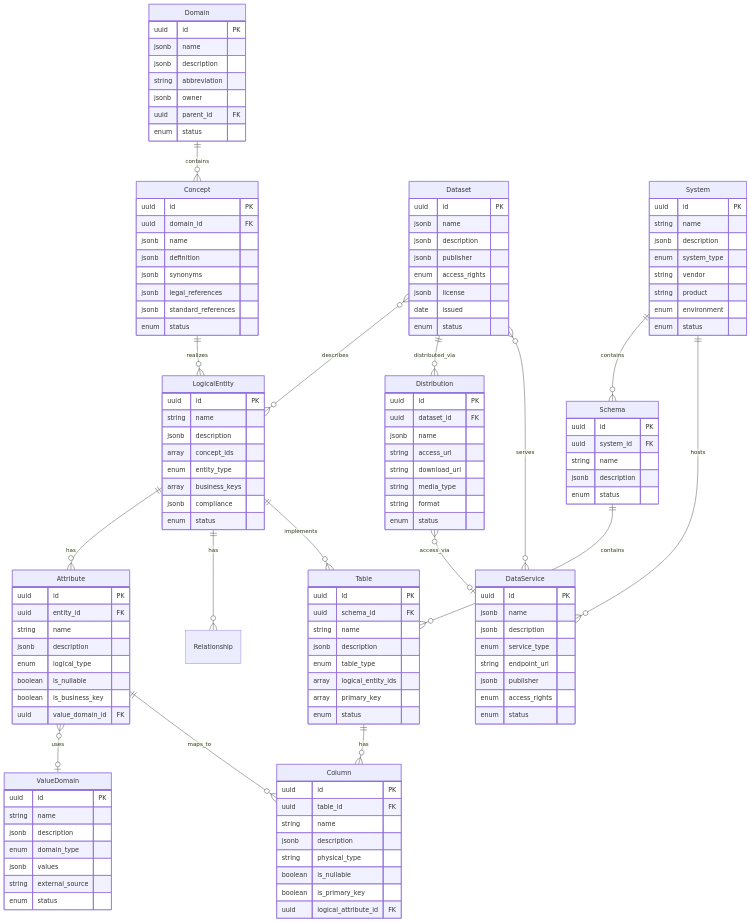
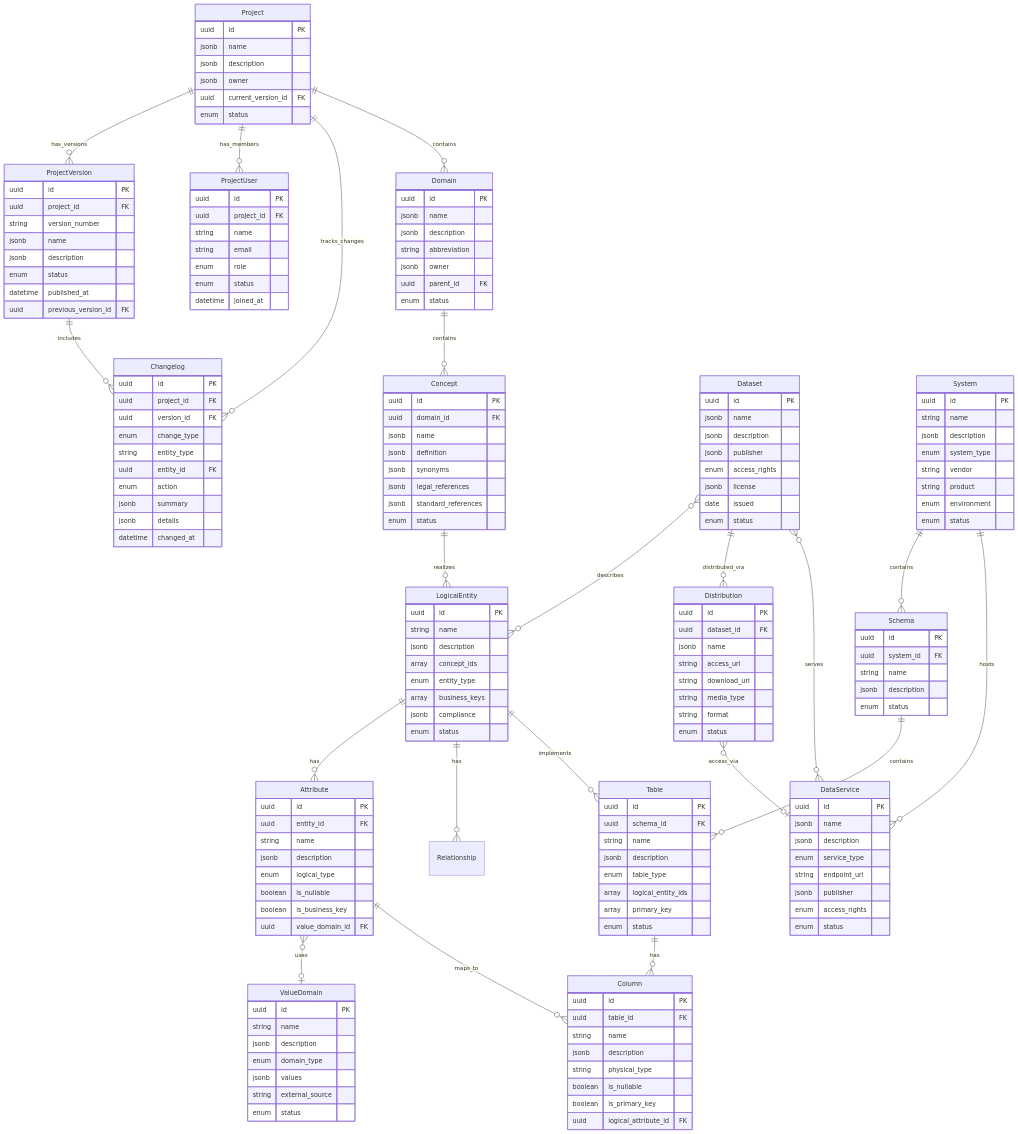
One commit to davras5/meta-atlas changed the second of 4 diagrams in documentation/DATABASE.md. Above: the diagram before and after it, drawn with Mermaid. The commit also changed other lines of this file, not shown here.

````diff
--- a/documentation/DATABASE.md
+++ b/documentation/DATABASE.md
@@ -182,24 +200,73 @@
 ```mermaid
 erDiagram
+    Project ||--o{ ProjectVersion : "has_versions"
+    Project ||--o{ ProjectUser : "has_members"
+    Project ||--o{ Changelog : "tracks_changes"
+    Project ||--o{ Domain : "contains"
+    ProjectVersion ||--o{ Changelog : "includes"
+
     Domain ||--o{ Concept : contains
     Concept ||--o{ LogicalEntity : "realizes"
-    
+
     Dataset }o--o{ LogicalEntity : describes
     LogicalEntity ||--o{ Attribute : has
     Attribute }o--o| ValueDomain : uses
     LogicalEntity ||--o{ Relationship : has
-    
+
     Dataset ||--o{ Distribution : "distributed_via"
     DataService }o--o{ Dataset : serves
     Distribution }o--o| DataService : "access_via"
-    
+
     System ||--o{ Schema : contains
     System ||--o{ DataService : hosts
     Schema ||--o{ Table : contains
     Table ||--o{ Column : has
-    
+
     LogicalEntity ||--o{ Table : "implements"
     Attribute ||--o{ Column : "maps_to"
+
+    Project {
+        uuid id PK
+        jsonb name
+        jsonb description
+        jsonb owner
+        uuid current_version_id FK
+        enum status
+    }
+
+    ProjectVersion {
+        uuid id PK
+        uuid project_id FK
+        string version_number
+        jsonb name
+        jsonb description
+        enum status
+        datetime published_at
+        uuid previous_version_id FK
+    }
+
+    Changelog {
+        uuid id PK
+        uuid project_id FK
+        uuid version_id FK
+        enum change_type
+        string entity_type
+        uuid entity_id FK
+        enum action
+        jsonb summary
+        jsonb details
+        datetime changed_at
+    }
+
+    ProjectUser {
+        uuid id PK
+        uuid project_id FK
+        string name
+        string email
+        enum role
+        enum status
+        datetime joined_at
+    }
 
     Domain {
         uuid id PK
````
